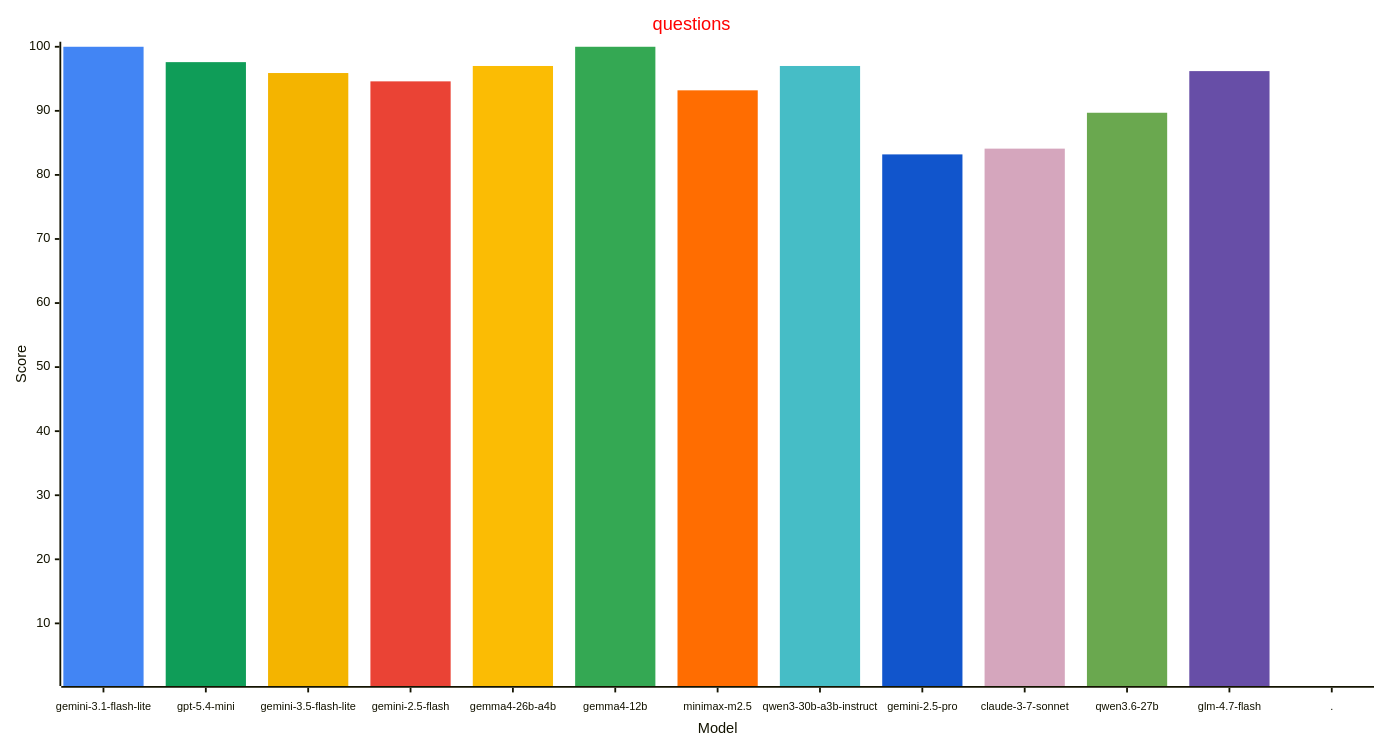
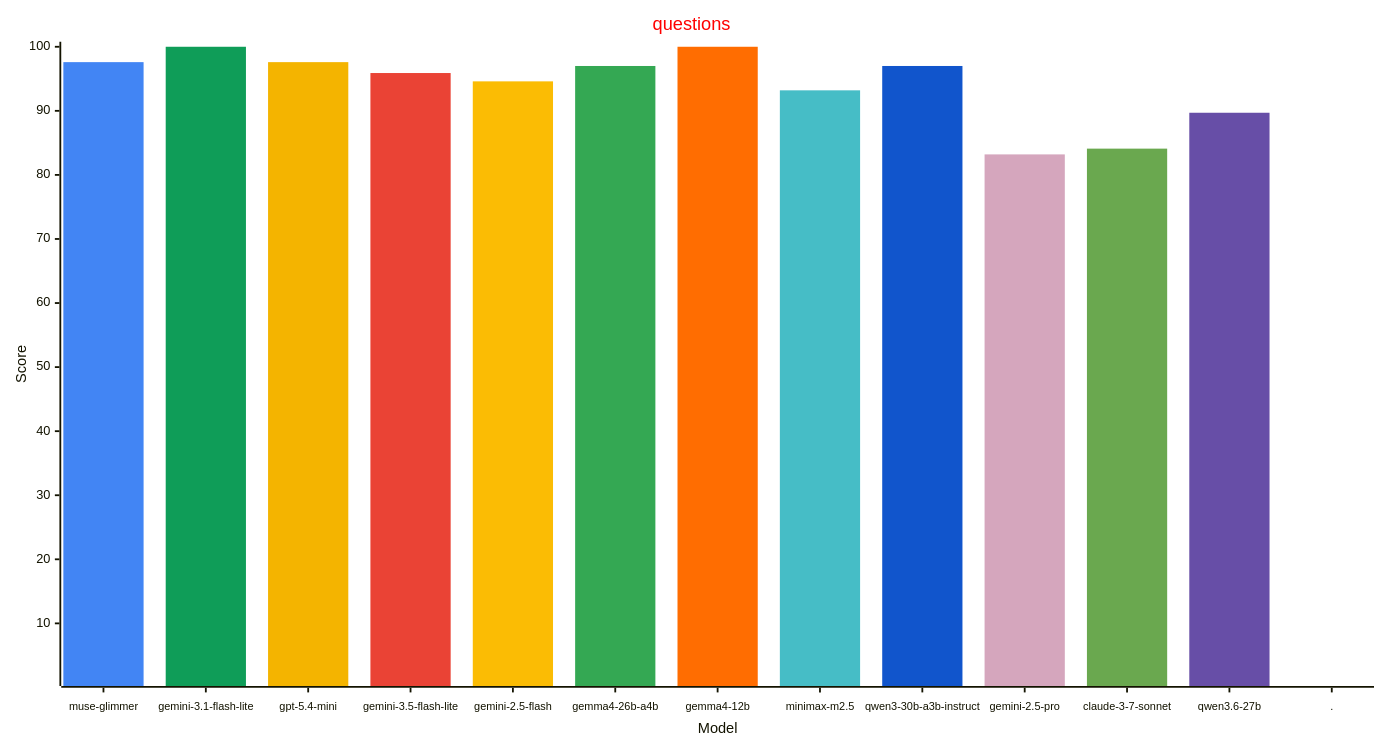
The third of 4 diagrams in reports/README.md (allenporter/home-assistant-datasets), drawn with Mermaid before and after one commit. The commit also changed other lines of this file and 1087 other files, not shown here.

First line of the commit message:
Add report for Muse Glimmer (#339)

````diff
--- a/reports/README.md
+++ b/reports/README.md
@@ -180,33 +181,33 @@
 ```mermaid
 ---
 config:
     xyChart:
         width: 1500
         height: 800
         xAxis:
           labelFontSize: 12
           labelPadding: 8
     themeVariables:
         xyChart:
             titleColor: "#ff0000"
             plotColorPalette: "#4285f4, #0f9d58, #f4b400, #ea4335, #fbbc04, #34a853, #ff6d01, #46bdc6, #1155cc, #d5a6bd, #6aa84f, #674ea7, #4285f4"
 
 ---
 xychart-beta
   title "questions"
-  x-axis "Model" [gemini-3.1-flash-lite, gpt-5.4-mini, gemini-3.5-flash-lite, gemini-2.5-flash, gemma4-26b-a4b, gemma4-12b, minimax-m2.5, qwen3-30b-a3b-instruct, gemini-2.5-pro, claude-3-7-sonnet, qwen3.6-27b, glm-4.7-flash, .]
+  x-axis "Model" [muse-glimmer, gemini-3.1-flash-lite, gpt-5.4-mini, gemini-3.5-flash-lite, gemini-2.5-flash, gemma4-26b-a4b, gemma4-12b, minimax-m2.5, qwen3-30b-a3b-instruct, gemini-2.5-pro, claude-3-7-sonnet, qwen3.6-27b, .]
   y-axis "Score" 1 --> 100
-  bar [100.0, 0.0, 0.0, 0.0, 0.0, 0.0, 0.0, 0.0, 0.0, 0.0, 0.0, 0.0, 0.0]
-  bar [0.0, 97.6, 0.0, 0.0, 0.0, 0.0, 0.0, 0.0, 0.0, 0.0, 0.0, 0.0, 0.0]
-  bar [0.0, 0.0, 95.9, 0.0, 0.0, 0.0, 0.0, 0.0, 0.0, 0.0, 0.0, 0.0, 0.0]
-  bar [0.0, 0.0, 0.0, 94.6, 0.0, 0.0, 0.0, 0.0, 0.0, 0.0, 0.0, 0.0, 0.0]
-  bar [0.0, 0.0, 0.0, 0.0, 97.0, 0.0, 0.0, 0.0, 0.0, 0.0, 0.0, 0.0, 0.0]
-  bar [0.0, 0.0, 0.0, 0.0, 0.0, 100.0, 0.0, 0.0, 0.0, 0.0, 0.0, 0.0, 0.0]
-  bar [0.0, 0.0, 0.0, 0.0, 0.0, 0.0, 93.2, 0.0, 0.0, 0.0, 0.0, 0.0, 0.0]
-  bar [0.0, 0.0, 0.0, 0.0, 0.0, 0.0, 0.0, 97.0, 0.0, 0.0, 0.0, 0.0, 0.0]
-  bar [0.0, 0.0, 0.0, 0.0, 0.0, 0.0, 0.0, 0.0, 83.2, 0.0, 0.0, 0.0, 0.0]
-  bar [0.0, 0.0, 0.0, 0.0, 0.0, 0.0, 0.0, 0.0, 0.0, 84.1, 0.0, 0.0, 0.0]
-  bar [0.0, 0.0, 0.0, 0.0, 0.0, 0.0, 0.0, 0.0, 0.0, 0.0, 89.7, 0.0, 0.0]
-  bar [0.0, 0.0, 0.0, 0.0, 0.0, 0.0, 0.0, 0.0, 0.0, 0.0, 0.0, 96.2, 0.0]
+  bar [97.6, 0.0, 0.0, 0.0, 0.0, 0.0, 0.0, 0.0, 0.0, 0.0, 0.0, 0.0, 0.0]
+  bar [0.0, 100.0, 0.0, 0.0, 0.0, 0.0, 0.0, 0.0, 0.0, 0.0, 0.0, 0.0, 0.0]
+  bar [0.0, 0.0, 97.6, 0.0, 0.0, 0.0, 0.0, 0.0, 0.0, 0.0, 0.0, 0.0, 0.0]
+  bar [0.0, 0.0, 0.0, 95.9, 0.0, 0.0, 0.0, 0.0, 0.0, 0.0, 0.0, 0.0, 0.0]
+  bar [0.0, 0.0, 0.0, 0.0, 94.6, 0.0, 0.0, 0.0, 0.0, 0.0, 0.0, 0.0, 0.0]
+  bar [0.0, 0.0, 0.0, 0.0, 0.0, 97.0, 0.0, 0.0, 0.0, 0.0, 0.0, 0.0, 0.0]
+  bar [0.0, 0.0, 0.0, 0.0, 0.0, 0.0, 100.0, 0.0, 0.0, 0.0, 0.0, 0.0, 0.0]
+  bar [0.0, 0.0, 0.0, 0.0, 0.0, 0.0, 0.0, 93.2, 0.0, 0.0, 0.0, 0.0, 0.0]
+  bar [0.0, 0.0, 0.0, 0.0, 0.0, 0.0, 0.0, 0.0, 97.0, 0.0, 0.0, 0.0, 0.0]
+  bar [0.0, 0.0, 0.0, 0.0, 0.0, 0.0, 0.0, 0.0, 0.0, 83.2, 0.0, 0.0, 0.0]
+  bar [0.0, 0.0, 0.0, 0.0, 0.0, 0.0, 0.0, 0.0, 0.0, 0.0, 84.1, 0.0, 0.0]
+  bar [0.0, 0.0, 0.0, 0.0, 0.0, 0.0, 0.0, 0.0, 0.0, 0.0, 0.0, 89.7, 0.0]
   bar [0.0, 0.0, 0.0, 0.0, 0.0, 0.0, 0.0, 0.0, 0.0, 0.0, 0.0, 0.0, -1.0]
 ```
````
